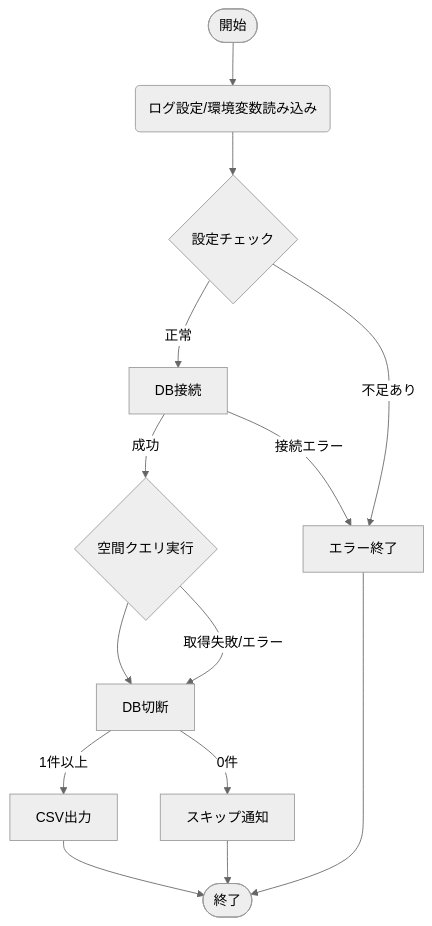
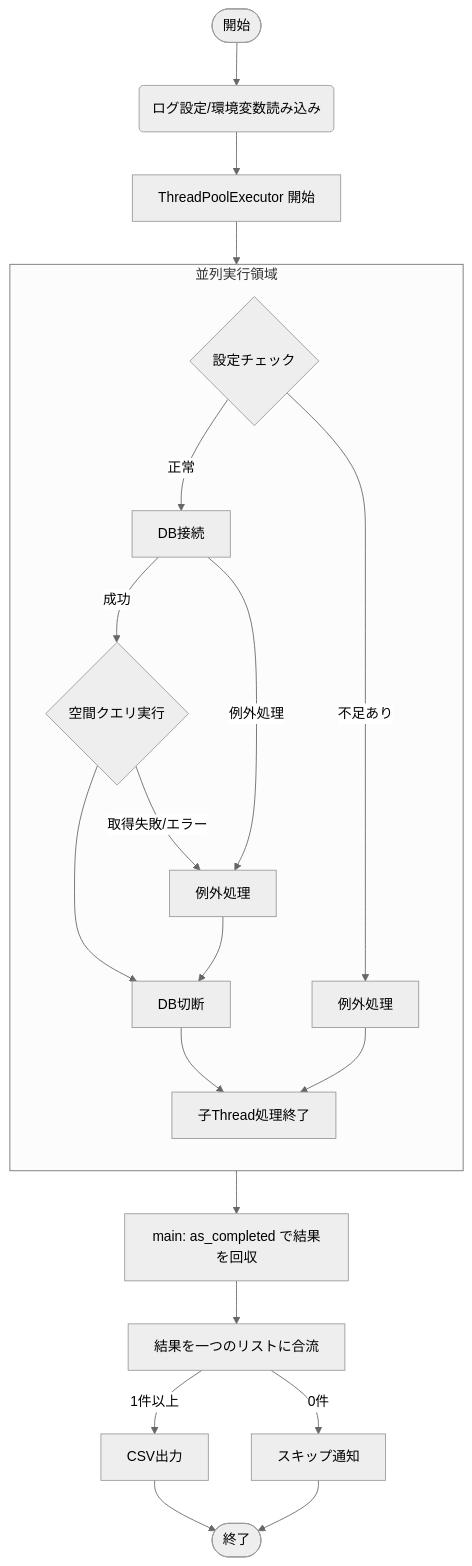
One commit to ConniConni/roomfinder changed the diagram in tr_postgis/README.md. Above: the diagram before and after it, drawn with Mermaid (neutral theme).

Commit message:
スレッド処理をREADME.mdのフローチャートに反映

````diff
--- a/tr_postgis/README.md
+++ b/tr_postgis/README.md
@@ -61,21 +61,31 @@
 ```mermaid
 flowchart TD
     Start([開始]) --> Setup(ログ設定/環境変数読み込み)
-    Setup --> ConfigCheck{設定チェック}
+    Setup --> ThreadPool[ThreadPoolExecutor 開始]
+    subgraph Parallel[並列実行領域]
+        direction TB
+        ConfigCheck{設定チェック}
 
-    ConfigCheck -- 正常 --> Connect[DB接続]
-    ConfigCheck -- 不足あり --> ErrorExit[エラー終了]
+        ConfigCheck -- 正常 --> Connect[DB接続]
+        ConfigCheck -- 不足あり --> ErrorExit_1[例外処理]
 
-    Connect -- 成功 --> Query{空間クエリ実行}
-    Connect -- 接続エラー --> ErrorExit
+        Connect -- 成功 --> Query{空間クエリ実行}
+        Connect -- 例外処理 --> ErrorExit_2[例外処理]
 
-    Query --> Disconnect[DB切断]
-    Query -- 取得失敗/エラー --> Disconnect[DB切断]
-    Disconnect -- 1件以上 --> CSV[CSV出力]
-    Disconnect -- 0件 --> Skip[スキップ通知]
+        Query --> Disconnect[DB切断]
+        Query -- 取得失敗/エラー --> ErrorExit_2
+        ErrorExit_2 --> Disconnect
+        Disconnect　--> TreadMessage
+        ErrorExit_1 --> TreadMessage[子Thread処理終了]
+
+    end
+    ThreadPool --> Parallel
+    Parallel　--> Collector[main: as_completed で結果を回収]
+    Collector --> Aggregator[結果を一つのリストに合流]
+    Aggregator -- 1件以上 --> CSV[CSV出力]
+    Aggregator -- 0件 --> Skip[スキップ通知]
 
     CSV --> End([終了])
     Skip --> End
-    ErrorExit --> End
 
 ```
````
